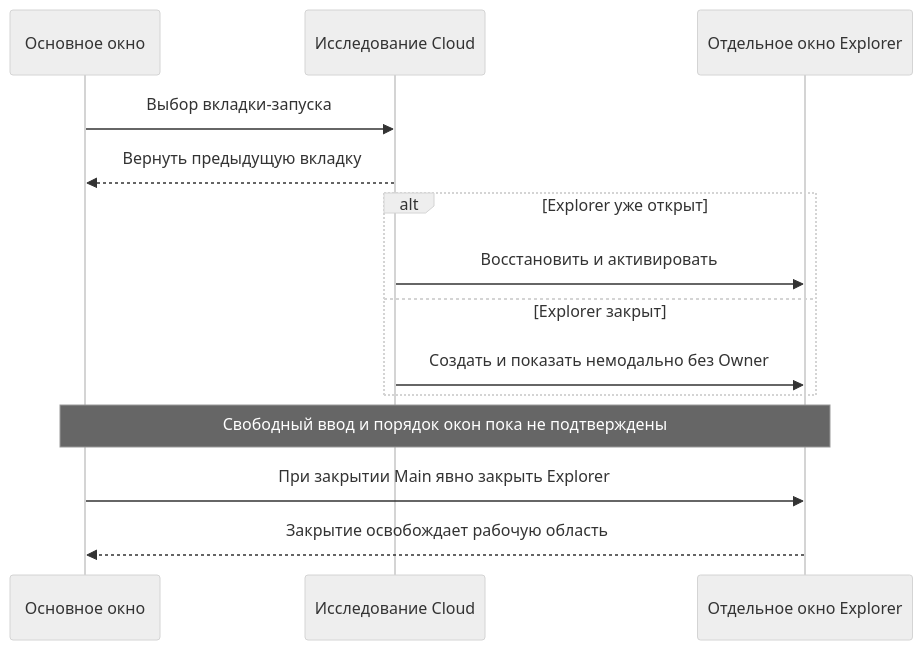
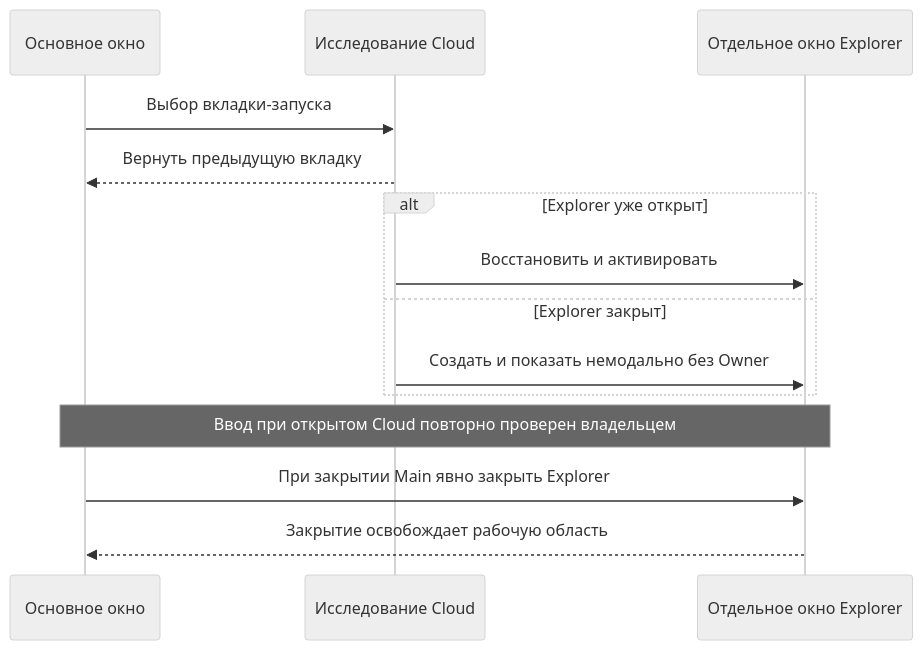
The first of 2 diagrams in project/Documentation/OrderFlow/CLOUD_EXPLORER_V2_SPEC.md (2Rukin/OsEngine), drawn with Mermaid (neutral theme) before and after one commit. The commit also changed other lines of this file and 6 other files, not shown here.

Commit message:
docs(order-flow): close verified Cloud window issue

````diff
--- a/project/Documentation/OrderFlow/CLOUD_EXPLORER_V2_SPEC.md
+++ b/project/Documentation/OrderFlow/CLOUD_EXPLORER_V2_SPEC.md
@@ -161,16 +162,16 @@
 ```mermaid
 sequenceDiagram
     participant Main as Основное окно
     participant Tab as Исследование Cloud
     participant Explorer as Отдельное окно Explorer
     Main->>Tab: Выбор вкладки-запуска
     Tab-->>Main: Вернуть предыдущую вкладку
     alt Explorer уже открыт
         Tab->>Explorer: Восстановить и активировать
     else Explorer закрыт
         Tab->>Explorer: Создать и показать немодально без Owner
     end
-    Note over Main,Explorer: Свободный ввод и порядок окон пока не подтверждены
+    Note over Main,Explorer: Ввод при открытом Cloud повторно проверен владельцем
     Main->>Explorer: При закрытии Main явно закрыть Explorer
     Explorer-->>Main: Закрытие освобождает рабочую область
 ```
````
